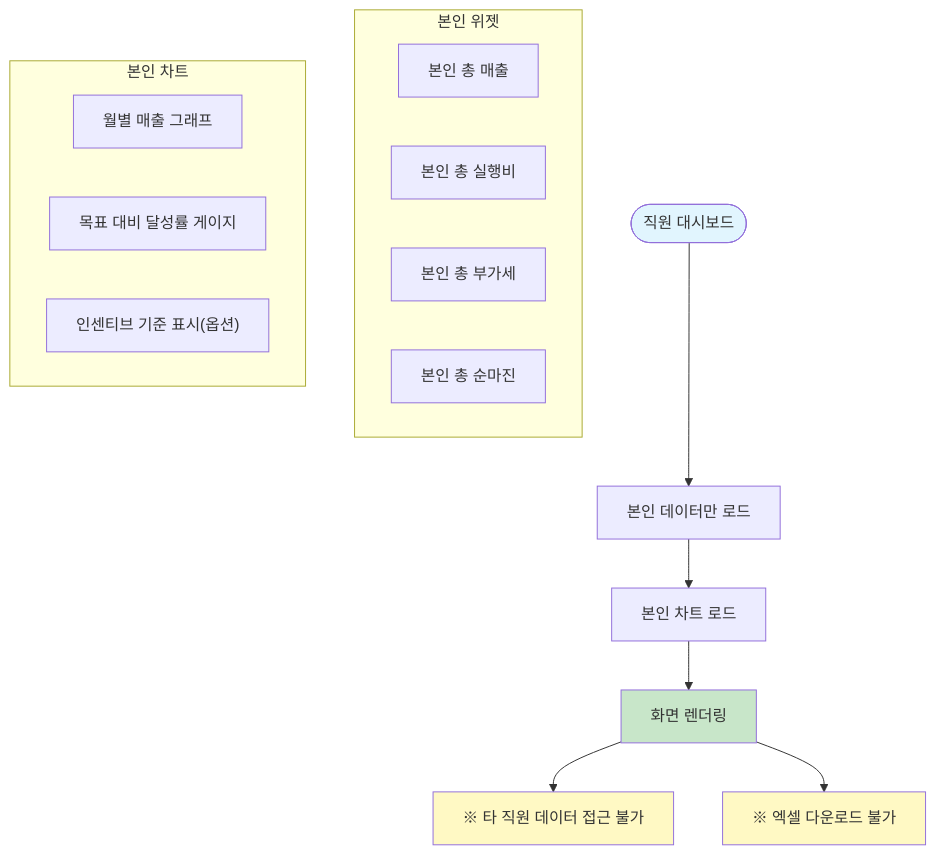
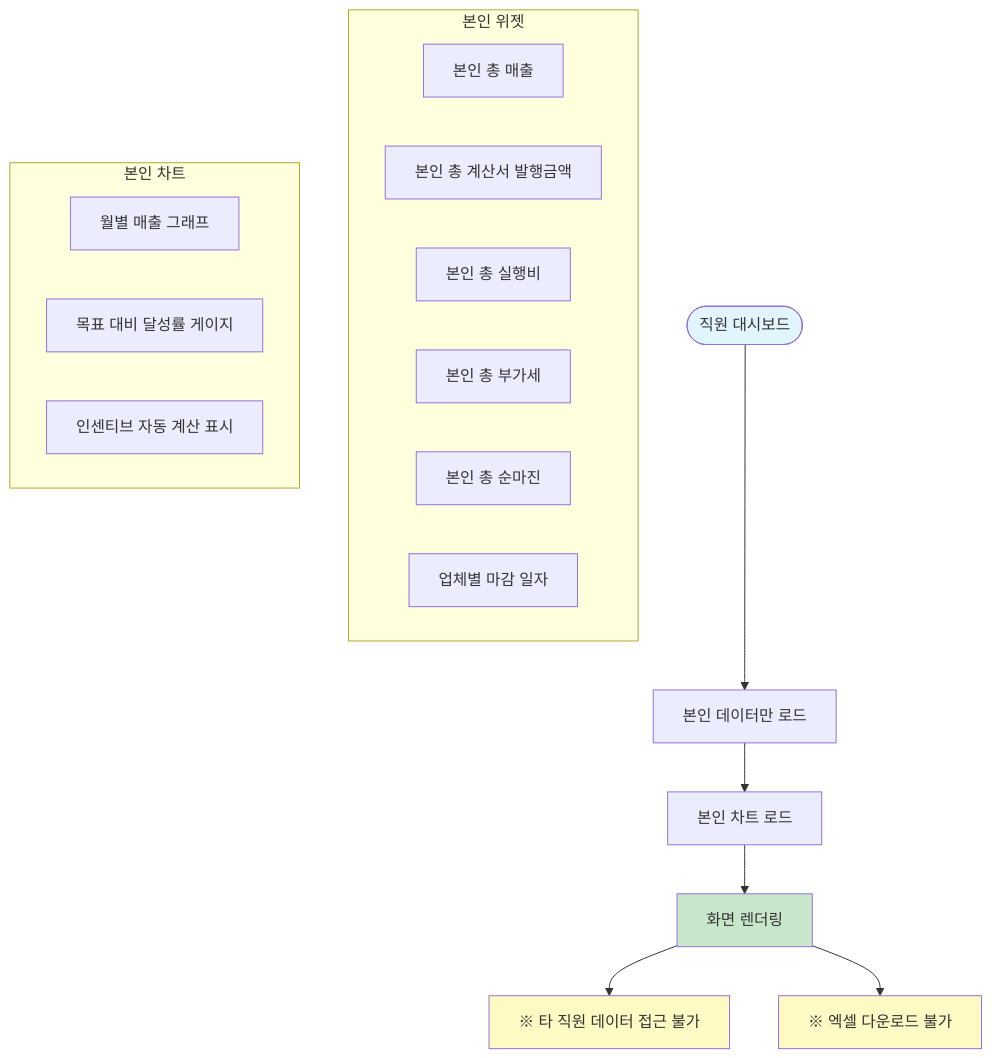
Before and after one commit to codelabsy/260225_site: diagram 11 of 20 in docs/03_시스템_흐름도.md, drawn with Mermaid. The commit also changed other lines of this file and 3 other files, not shown here.

````diff
--- a/docs/03_시스템_흐름도.md
+++ b/docs/03_시스템_흐름도.md
@@ -466,29 +469,31 @@
 ```mermaid
 flowchart TD
     START([직원 대시보드]) --> LOAD_MY_DATA[본인 데이터만 로드]
 
     subgraph MY_WIDGETS["본인 위젯"]
         MW1["본인 총 매출"]
+        MW1_1["본인 총 계산서 발행금액"]
         MW2["본인 총 실행비"]
         MW3["본인 총 부가세"]
         MW4["본인 총 순마진"]
+        MW5["업체별 마감 일자"]
     end
 
     LOAD_MY_DATA --> LOAD_MY_CHART[본인 차트 로드]
 
     subgraph MY_CHARTS["본인 차트"]
         MC1["월별 매출 그래프"]
         MC2["목표 대비 달성률 게이지"]
-        MC3["인센티브 기준 표시(옵션)"]
+        MC3["인센티브 자동 계산 표시"]
     end
 
     LOAD_MY_CHART --> RENDER[화면 렌더링]
 
     RENDER --> NOTE["※ 타 직원 데이터 접근 불가"]
     RENDER --> NOTE2["※ 엑셀 다운로드 불가"]
 
     style START fill:#e1f5fe
     style RENDER fill:#c8e6c9
     style NOTE fill:#fff9c4
     style NOTE2 fill:#fff9c4
 ```
````
